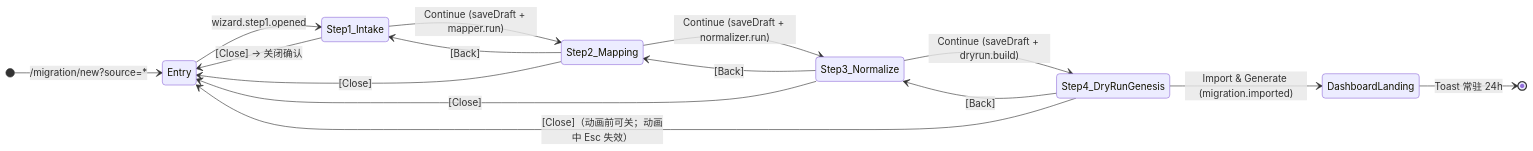
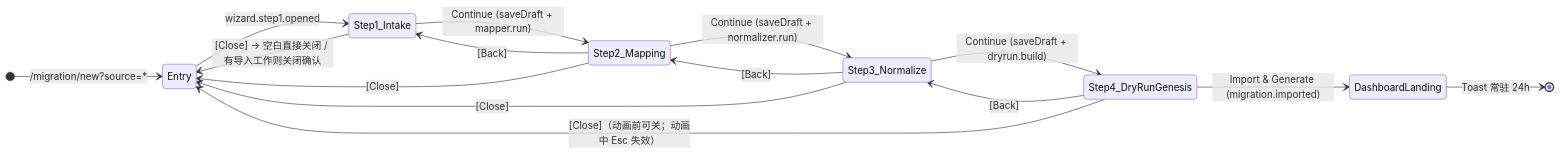
The diagram in docs/product-design/migration-copilot/02-ux-4step-wizard.md (langgenius/due-date-hq-jhx-lyz), drawn with Mermaid before and after one commit. The commit also changed other lines of this file and 7 other files, not shown here.

````diff
--- a/docs/product-design/migration-copilot/02-ux-4step-wizard.md
+++ b/docs/product-design/migration-copilot/02-ux-4step-wizard.md
@@ -15,19 +15,19 @@
 ```mermaid
 stateDiagram-v2
   direction LR
   [*] --> Entry : /migration/new?source=*
   Entry --> Step1_Intake : wizard.step1.opened
   Step1_Intake --> Step2_Mapping : Continue (saveDraft + mapper.run)
   Step2_Mapping --> Step3_Normalize : Continue (saveDraft + normalizer.run)
   Step3_Normalize --> Step4_DryRunGenesis : Continue (saveDraft + dryrun.build)
   Step4_DryRunGenesis --> DashboardLanding : Import & Generate (migration.imported)
   DashboardLanding --> [*] : Toast 常驻 24h
 
-  Step1_Intake --> Entry : [Close] → 关闭确认
+  Step1_Intake --> Entry : [Close] → 空白直接关闭 / 有导入工作则关闭确认
   Step2_Mapping --> Step1_Intake : [Back]
   Step2_Mapping --> Entry : [Close]
   Step3_Normalize --> Step2_Mapping : [Back]
   Step3_Normalize --> Entry : [Close]
   Step4_DryRunGenesis --> Step3_Normalize : [Back]
   Step4_DryRunGenesis --> Entry : [Close]（动画前可关；动画中 Esc 失效）
 ```
````
